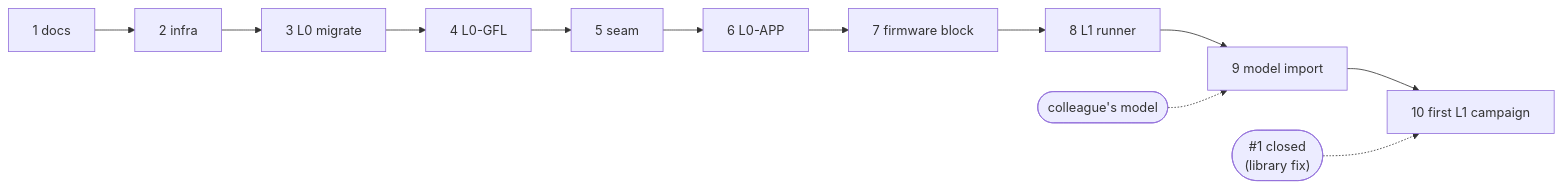
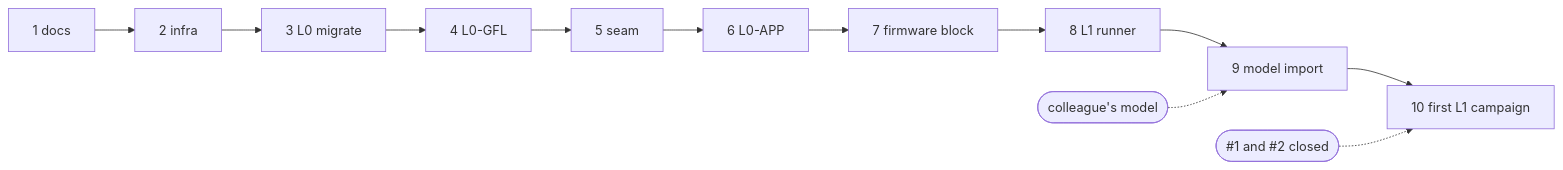
Before and after one commit to jalinei/Core: the third of 3 diagrams in docs/testing/test-procedure.md, drawn with Mermaid. The commit also changed other lines of this file and 2 other files, not shown here.

````diff
--- a/docs/testing/test-procedure.md
+++ b/docs/testing/test-procedure.md
@@ -378,8 +378,8 @@
 ```mermaid
 flowchart LR
   C1[1 docs] --> C2[2 infra] --> C3[3 L0 migrate] --> C4[4 L0-GFL]
   C4 --> C5[5 seam] --> C6[6 L0-APP] --> C7[7 firmware block]
   C7 --> C8[8 L1 runner] --> C9[9 model import] --> C10[10 first L1 campaign]
   M([colleague's model]) -.-> C9
-  F1(["#1 closed<br/>(library fix)"]) -.-> C10
+  F1(["#1 and #2 closed"]) -.-> C10
 ```
````
